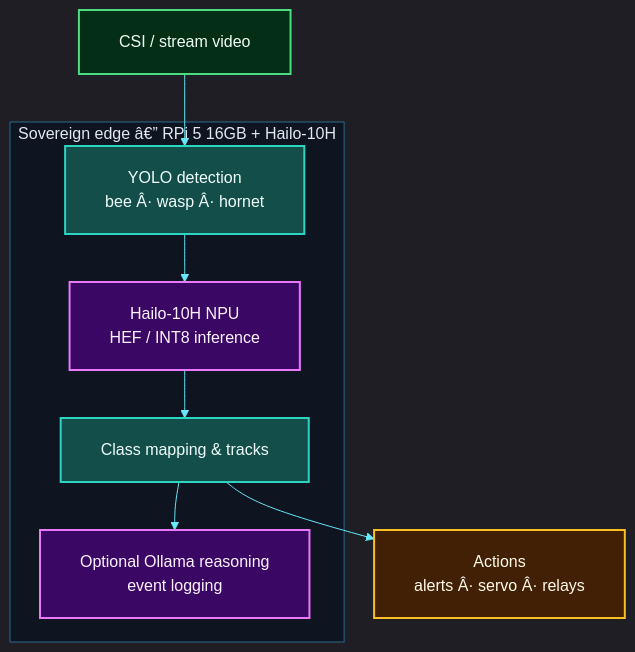
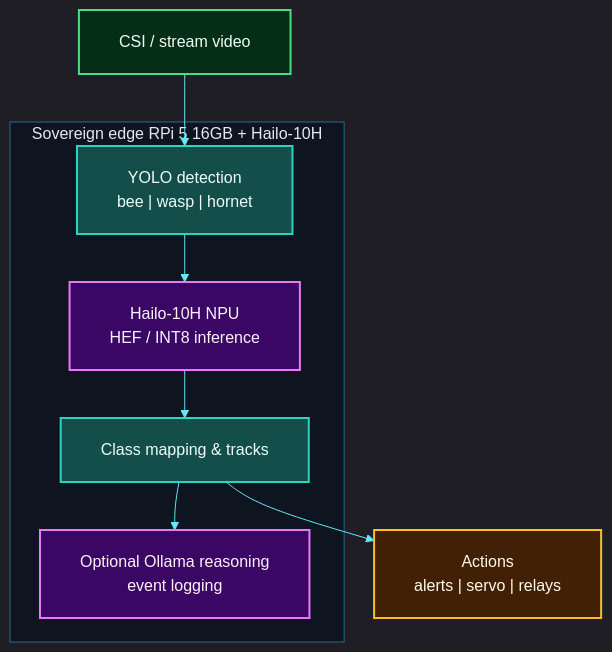
Before and after one commit to fivepanelhat/Sting-Operation-AI: the diagram in README.md, drawn with Mermaid. The commit also changed other lines of this file and 9 other files, not shown here.

````diff
--- a/README.md
+++ b/README.md
@@ -184,52 +184,52 @@
 ```mermaid
 %%{init: {
   "theme": "dark",
   "themeVariables": {
     "fontSize": "16px",
     "fontFamily": "Inter, ui-sans-serif, system-ui, sans-serif",
     "primaryColor": "#0ea5e9",
     "primaryTextColor": "#f8fafc",
     "primaryBorderColor": "#38bdf8",
     "lineColor": "#67e8f9",
     "secondaryColor": "#1e293b",
     "tertiaryColor": "#0f172a",
     "clusterBkg": "#0b1220cc",
     "clusterBorder": "#38bdf880",
     "titleColor": "#e2e8f0"
   },
   "flowchart": {
     "nodeSpacing": 40,
     "rankSpacing": 48,
     "padding": 20,
     "htmlLabels": true,
     "curve": "basis"
   }
 }}%%
 flowchart TB
 
     classDef sense fill:#052e16,stroke:#4ade80,stroke-width:2px,color:#f0fdf4
     classDef edge fill:#0c4a6e,stroke:#38bdf8,stroke-width:2px,color:#f0f9ff
     classDef core fill:#134e4a,stroke:#2dd4bf,stroke-width:2px,color:#f0fdfa
     classDef act fill:#422006,stroke:#fbbf24,stroke-width:2px,color:#fffbeb
     classDef store fill:#1e1b4b,stroke:#a5b4fc,stroke-width:2px,color:#eef2ff
     classDef ai fill:#3b0764,stroke:#e879f9,stroke-width:2px,color:#fdf4ff
     classDef app fill:#1e1b4b,stroke:#c4b5fd,stroke-width:2px,color:#eef2ff
 
-    CAM["CSI / stream video"] --> YOLO["YOLO detection<br/>bee Â· wasp Â· hornet"]
+    CAM["CSI / stream video"] --> YOLO["YOLO detection<br/>bee | wasp | hornet"]
     YOLO --> HEF["Hailo-10H NPU<br/>HEF / INT8 inference"]
     HEF --> MAP["Class mapping & tracks"]
     MAP --> LLM["Optional Ollama reasoning<br/>event logging"]
-    MAP --> ACT["Actions<br/>alerts Â· servo Â· relays"]
+    MAP --> ACT["Actions<br/>alerts | servo | relays"]
 
-    subgraph EDGE["Sovereign edge â€” RPi 5 16GB + Hailo-10H"]
+    subgraph EDGE["Sovereign edge  RPi 5 16GB + Hailo-10H"]
         YOLO
         HEF
         MAP
         LLM
     end
 
     class CAM sense
     class YOLO,MAP core
     class HEF,LLM ai
     class ACT act
 ```
````
